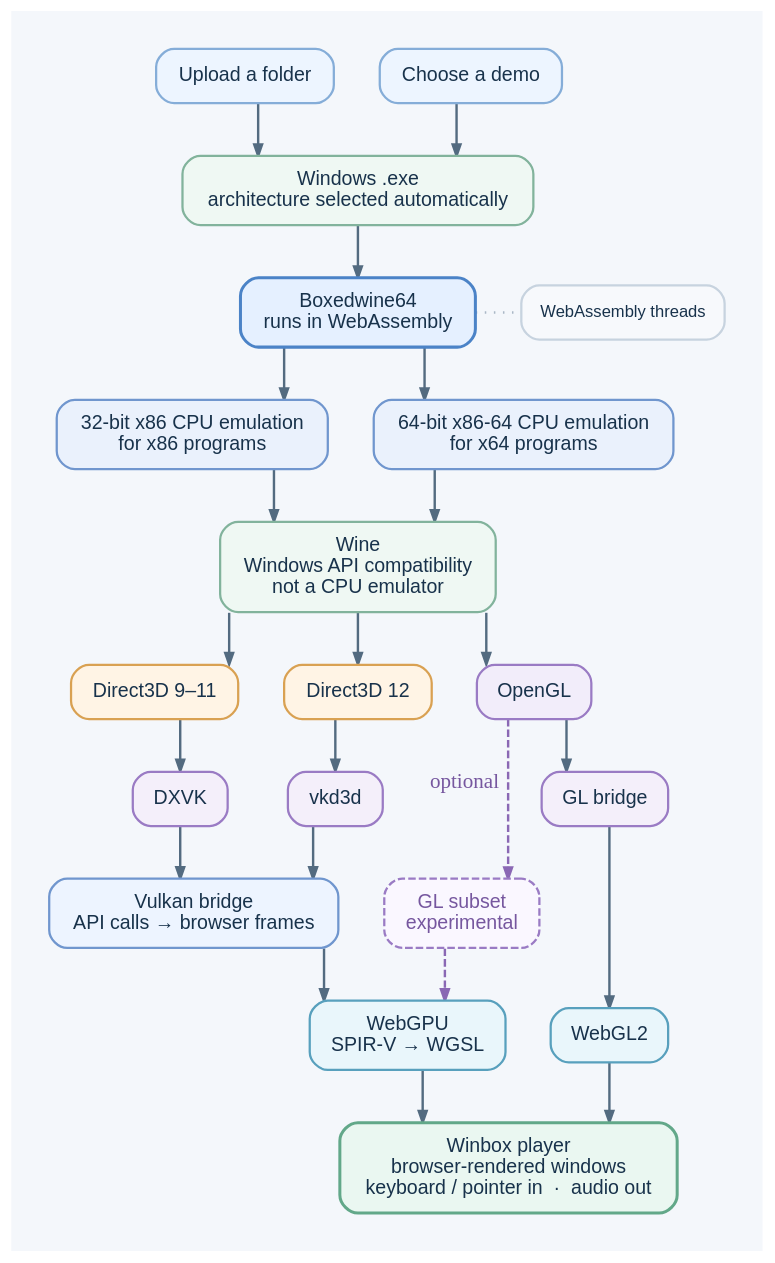
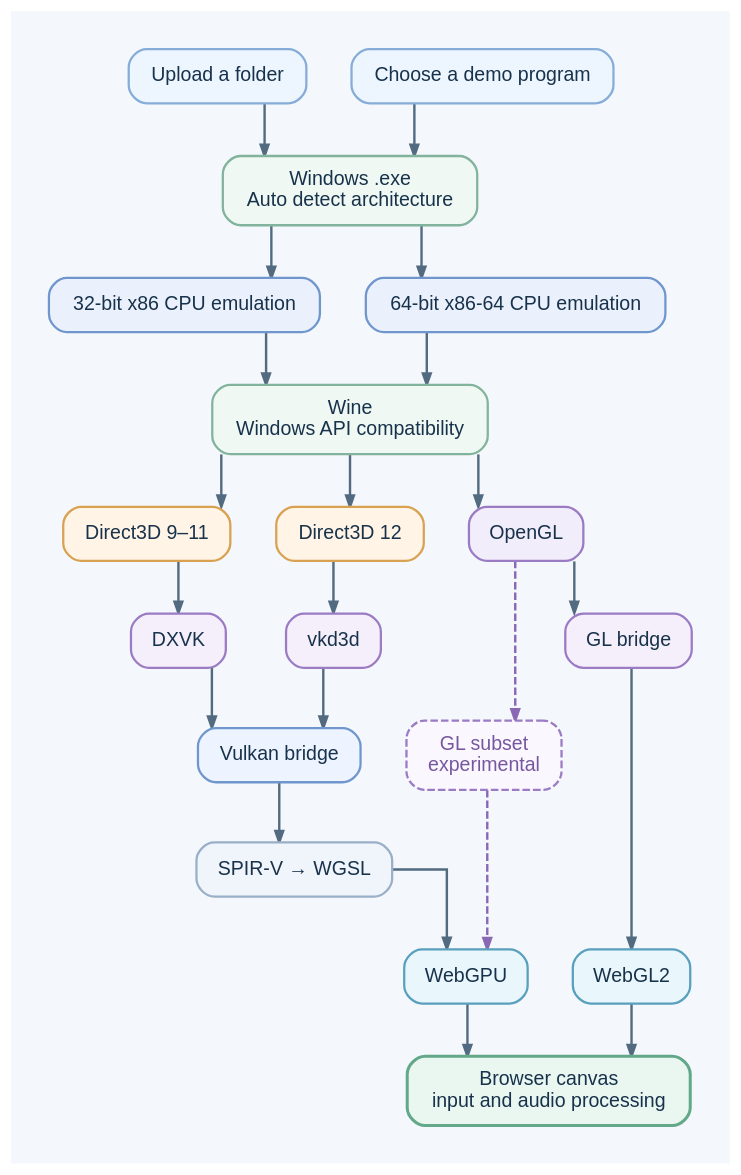
The diagram in docs/images/winbox-flowchart.dot (Kn0tzer/Winbox), drawn with Graphviz before and after one commit. The commit also changed 2 other files, not shown here.

Commit message:
docs: streamline runtime diagram and support list

```diff
--- a/docs/images/winbox-flowchart.dot
+++ b/docs/images/winbox-flowchart.dot
@@ -1,81 +1,78 @@
 digraph Winbox {
   graph [
     fontname="Arial",
     bgcolor="#f4f7fb",
     pad=0.35,
     nodesep=0.42,
     ranksep=0.48,
     splines=ortho,
     outputorder=edgesfirst,
     newrank=true
   ];
 
   node [
     shape=box,
     style="rounded,filled",
     fontname="Arial",
     fontsize=13,
     fontcolor="#18324b",
     color="#b6c7d9",
     fillcolor="#ffffff",
     penwidth=1.5,
     margin="0.18,0.12"
   ];
 
   edge [
     color="#536b80",
     penwidth=1.6,
     arrowsize=0.75,
     arrowhead=normal
   ];
 
   folder [label="Upload a folder", fillcolor="#edf5ff", color="#85add8"];
-  demo [label="Choose a demo", fillcolor="#edf5ff", color="#85add8"];
-  exe [label="Windows .exe\narchitecture selected automatically", fillcolor="#eff8f3", color="#82b39c"];
-  runtime [label="Boxedwine64\nruns in WebAssembly", fillcolor="#e5f0ff", color="#4b83c7", penwidth=2];
-  threads [label="WebAssembly threads", fillcolor="#f7f9fc", color="#c7d3df", fontsize=11];
+  demo [label="Choose a demo program", fillcolor="#edf5ff", color="#85add8"];
+  exe [label="Windows .exe\nAuto detect architecture", fillcolor="#eff8f3", color="#82b39c"];
 
   folder -> exe;
   demo -> exe;
-  exe -> runtime;
-  runtime -> threads [style=dotted, arrowhead=none, color="#aab8c6"];
+  exe -> x86;
+  exe -> x64;
 
-  x86 [label="32-bit x86 CPU emulation\nfor x86 programs", fillcolor="#eaf1fc", color="#7096ce"];
-  x64 [label="64-bit x86-64 CPU emulation\nfor x64 programs", fillcolor="#eaf1fc", color="#7096ce"];
-  wine [label="Wine\nWindows API compatibility\nnot a CPU emulator", fillcolor="#eff8f3", color="#82b39c"];
+  x86 [label="32-bit x86 CPU emulation", fillcolor="#eaf1fc", color="#7096ce"];
+  x64 [label="64-bit x86-64 CPU emulation", fillcolor="#eaf1fc", color="#7096ce"];
+  wine [label="Wine\nWindows API compatibility", fillcolor="#eff8f3", color="#82b39c"];
   d3d [label="Direct3D 9–11", fillcolor="#fff4e5", color="#d9a152"];
   d3d12 [label="Direct3D 12", fillcolor="#fff4e5", color="#d9a152"];
   gl [label="OpenGL", fillcolor="#f2edfa", color="#9a7bc4"];
   dxvk [label="DXVK", fillcolor="#f4effa", color="#9a7bc4"];
   vkd3d [label="vkd3d", fillcolor="#f4effa", color="#9a7bc4"];
-  bridge [label="Vulkan bridge\nAPI calls → browser frames", fillcolor="#edf4ff", color="#7096ce"];
+  bridge [label="Vulkan bridge", fillcolor="#edf4ff", color="#7096ce"];
+  shader [label="SPIR-V → WGSL", fillcolor="#f0f4fb", color="#9aafc8"];
   glbridge [label="GL bridge", fillcolor="#f4effa", color="#9a7bc4"];
-  webgpu [label="WebGPU\nSPIR-V → WGSL", fillcolor="#e9f6fb", color="#58a0bd"];
+  webgpu [label="WebGPU", fillcolor="#e9f6fb", color="#58a0bd"];
   webgl [label="WebGL2", fillcolor="#e9f6fb", color="#58a0bd"];
   glsubset [label="GL subset\nexperimental", style="rounded,dashed,filled", fillcolor="#faf7ff", color="#9a7bc4", fontcolor="#76579f"];
-  player [label="Winbox player\nbrowser-rendered windows\nkeyboard / pointer in  ·  audio out", fillcolor="#eaf7f1", color="#62a889", penwidth=2];
+  player [label="Browser canvas\ninput and audio processing", fillcolor="#eaf7f1", color="#62a889", penwidth=2];
 
-  runtime -> x86;
-  runtime -> x64;
   x86 -> wine;
   x64 -> wine;
   wine -> d3d;
   wine -> d3d12;
   wine -> gl;
   d3d -> dxvk -> bridge;
   d3d12 -> vkd3d -> bridge;
-  bridge -> webgpu;
+  bridge -> shader -> webgpu;
   gl -> glbridge -> webgl;
-  gl -> glsubset [style=dashed, color="#8a68b4", fontcolor="#76579f", xlabel="optional"];
+  gl -> glsubset [style=dashed, color="#8a68b4", fontcolor="#76579f"];
   glsubset -> webgpu [style=dashed, color="#8a68b4"];
   webgpu -> player;
   webgl -> player;
 
   { rank=same; folder; demo; }
-  { rank=same; runtime; threads; }
   { rank=same; x86; x64; }
   { rank=same; d3d; d3d12; gl; }
   { rank=same; dxvk; vkd3d; glbridge; }
   { rank=same; bridge; glsubset; }
+  { rank=same; shader; }
   { rank=same; webgpu; webgl; }
 }
```
